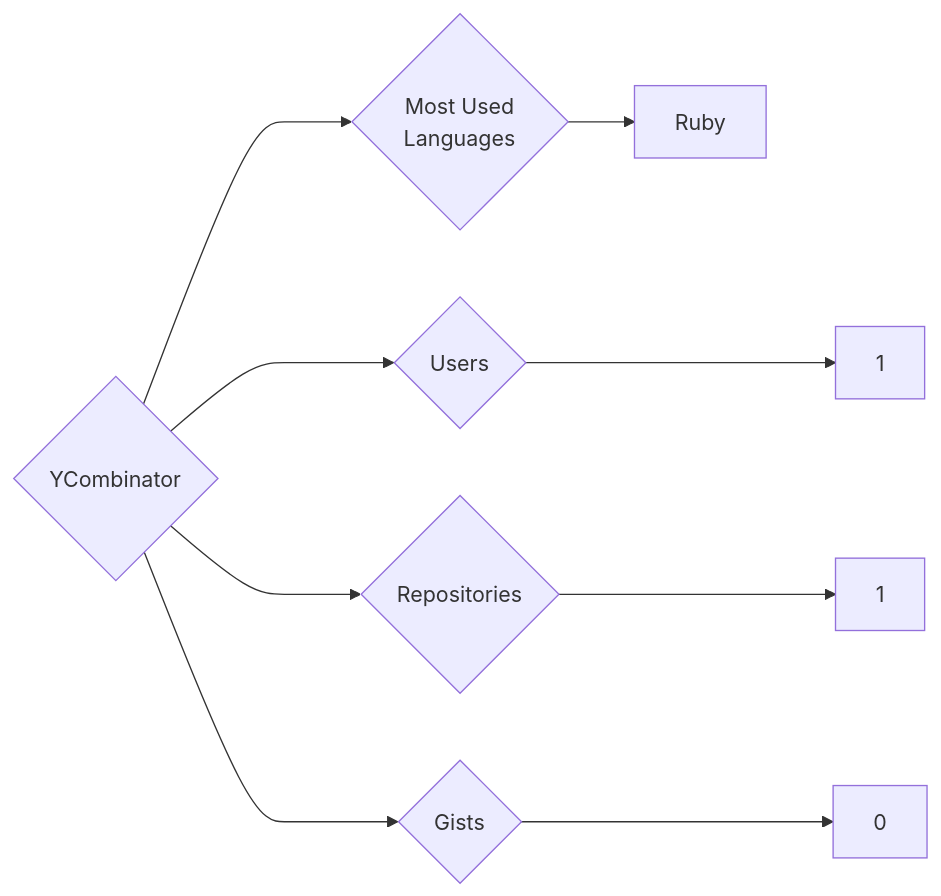
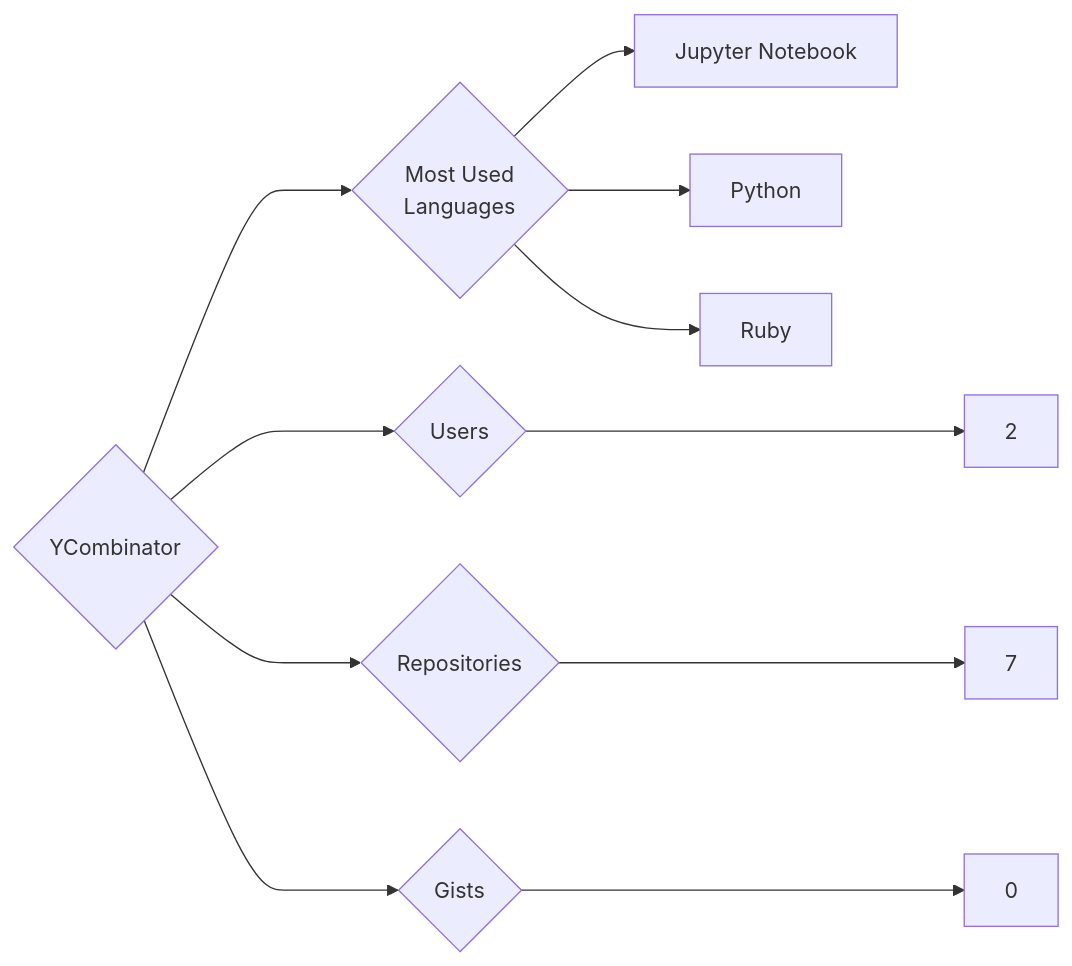
The diagram in targets/YCombinator/README.md (trickest/insiders), drawn with Mermaid before and after one commit. The commit also changed 912 other files, not shown here.

````diff
--- a/targets/YCombinator/README.md
+++ b/targets/YCombinator/README.md
@@ -3,9 +3,11 @@
 ```mermaid
 graph LR
 COMPANY_NAME{YCombinator}
-COMPANY_NAME ---> U{Users} ---> UN[1]
-COMPANY_NAME ---> R{Repositories} ---> RN[1]
+COMPANY_NAME ---> U{Users} ---> UN[2]
+COMPANY_NAME ---> R{Repositories} ---> RN[7]
 COMPANY_NAME ---> G{Gists} ---> GN[0]
 COMPANY_NAME ---> ML{Most Used<br>Languages}
+ML --> Jupyter_Notebook[Jupyter Notebook]
+ML --> Python[Python]
 ML --> Ruby[Ruby]
 ```
````
